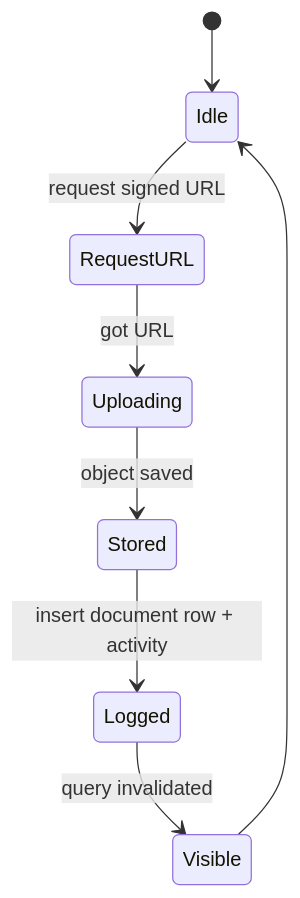
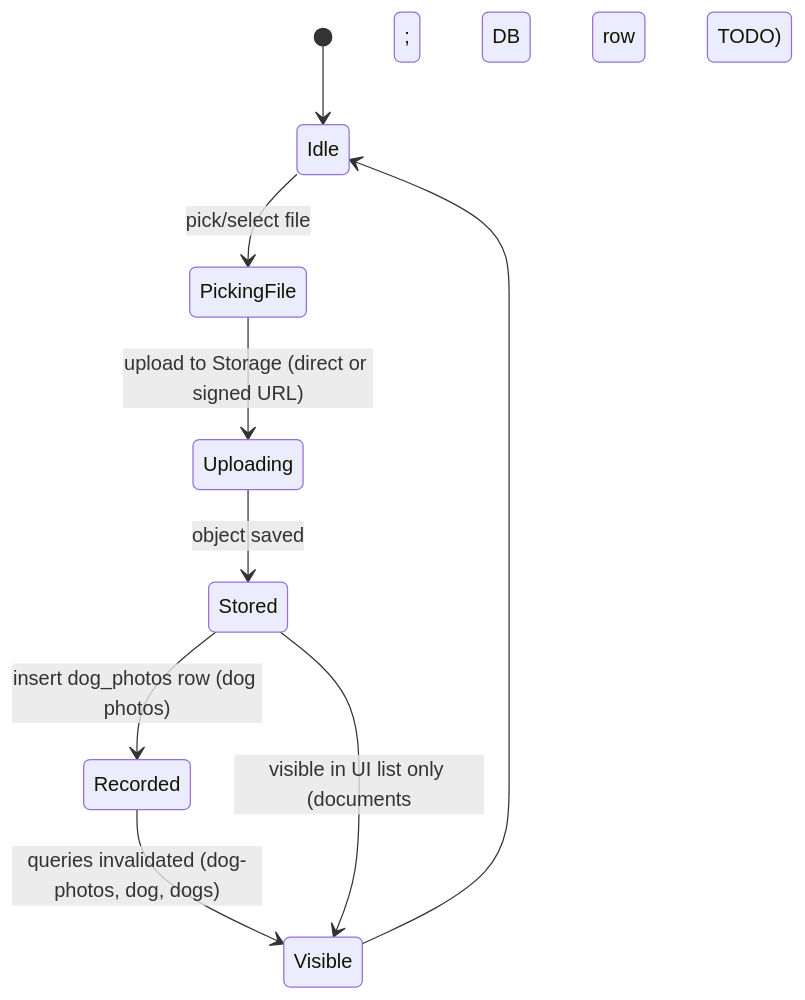
The diagram in docs/diagrams/states/04_document_upload.mmd (KRUKMAN/fafiq-app), drawn with Mermaid before and after one commit. The commit also changed 15 other files, not shown here.

```diff
--- a/docs/diagrams/states/04_document_upload.mmd
+++ b/docs/diagrams/states/04_document_upload.mmd
@@ -1,8 +1,9 @@
 stateDiagram-v2
   [*] --> Idle
-  Idle --> RequestURL : request signed URL
-  RequestURL --> Uploading : got URL
+  Idle --> PickingFile : pick/select file
+  PickingFile --> Uploading : upload to Storage (direct or signed URL)
   Uploading --> Stored : object saved
-  Stored --> Logged : insert document row + activity
-  Logged --> Visible : query invalidated
+  Stored --> Recorded : insert dog_photos row (dog photos)
+  Recorded --> Visible : queries invalidated (dog-photos, dog, dogs)
+  Stored --> Visible : visible in UI list only (documents; DB row TODO)
   Visible --> Idle
```
